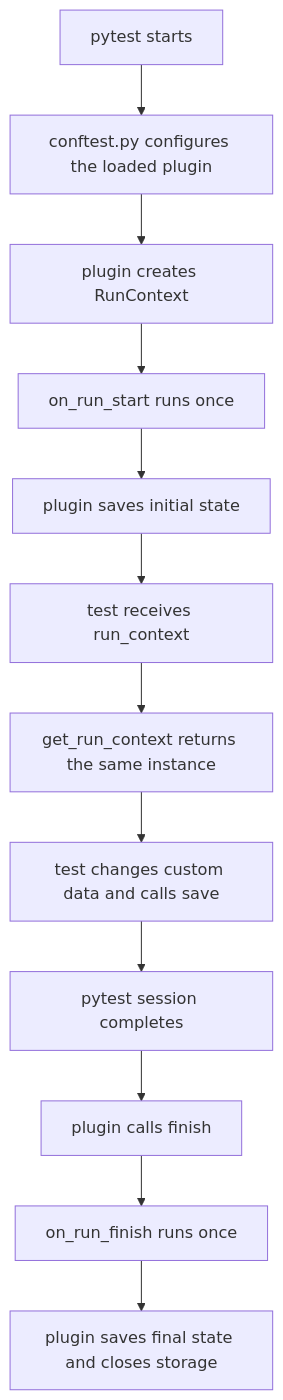
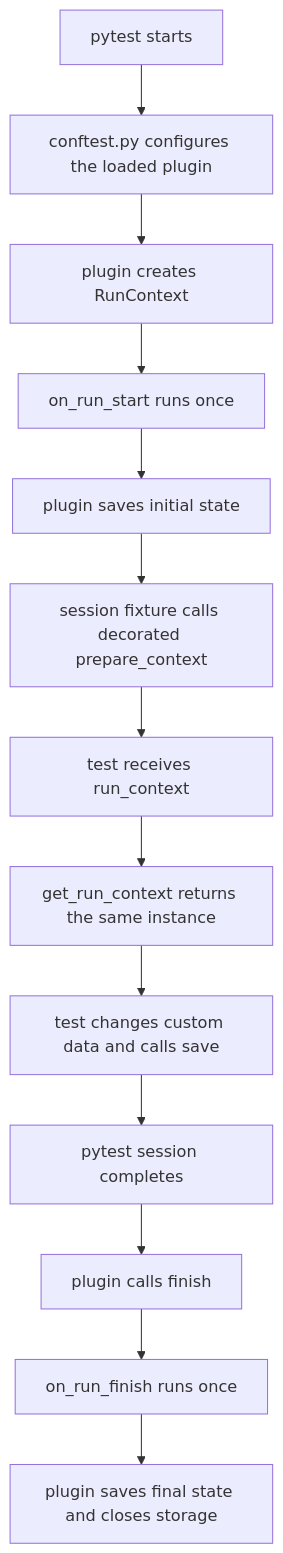
The diagram in examples/standalone/README.md (fomenko-ai/pytest-run-context), drawn with Mermaid before and after one commit. The commit also changed 35 other files, not shown here.

Commit message:
feat: add typed run context injection decorator

````diff
--- a/examples/standalone/README.md
+++ b/examples/standalone/README.md
@@ -9,14 +9,15 @@
 ```mermaid
 flowchart TD
     A[pytest starts] --> B[conftest.py configures the loaded plugin]
     B --> C[plugin creates RunContext]
     C --> D[on_run_start runs once]
     D --> E[plugin saves initial state]
-    E --> F[test receives run_context]
+    E --> P[session fixture calls decorated prepare_context]
+    P --> F[test receives run_context]
     F --> G[get_run_context returns the same instance]
     G --> H[test changes custom data and calls save]
     H --> I[pytest session completes]
     I --> J[plugin calls finish]
     J --> K[on_run_finish runs once]
     K --> L[plugin saves final state and closes storage]
 ```
````
